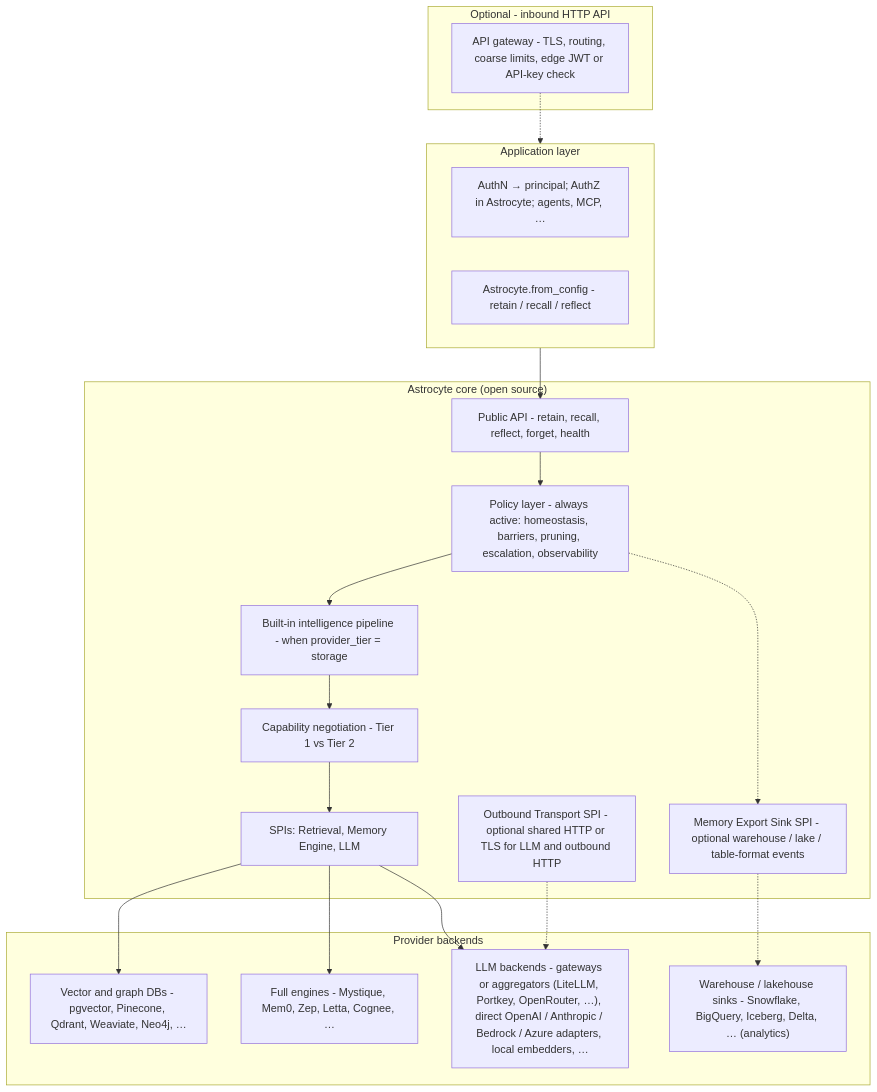
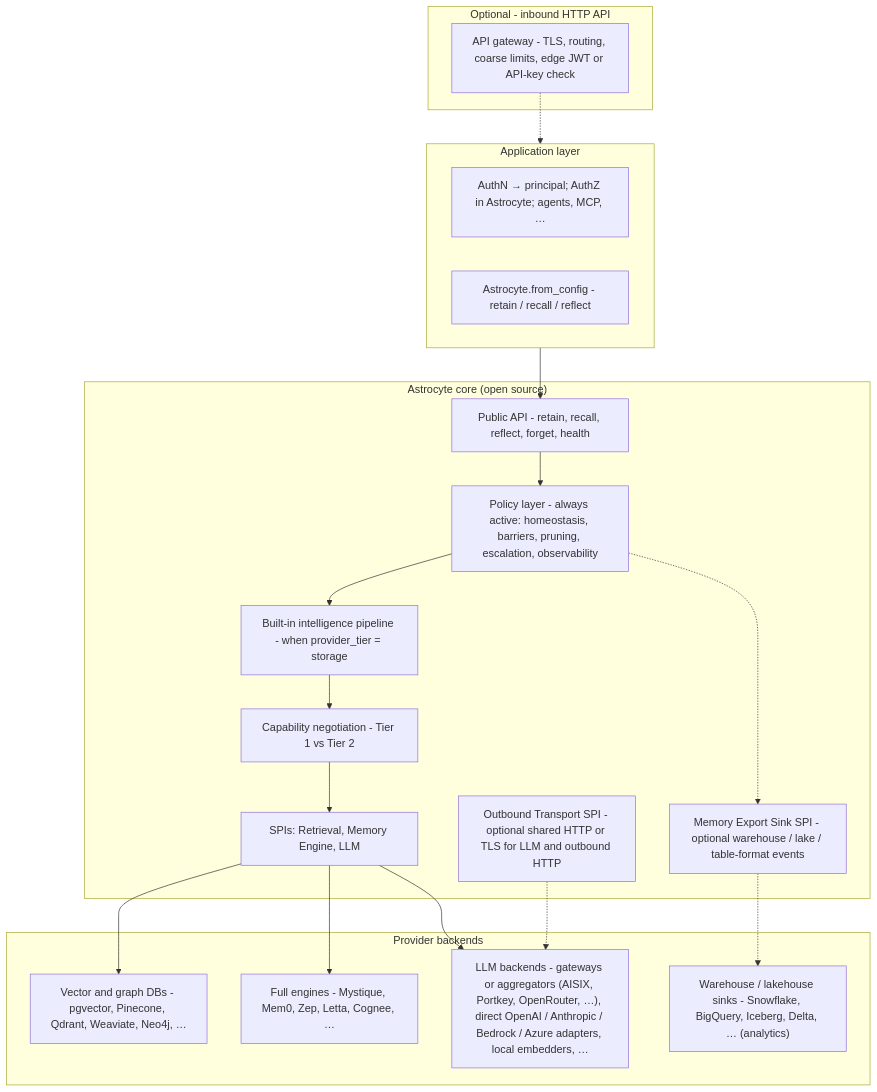
Before and after one commit to AstrocyteAI/astrocyte: the fifth of 8 diagrams in docs/_design/architecture.md, drawn with Mermaid. The commit also changed other lines of this file and 33 other files, not shown here.

First line of the commit message:
refactor: retire LiteLLM — reach other providers through an AISIX gateway

````diff
--- a/docs/_design/architecture.md
+++ b/docs/_design/architecture.md
@@ -344,39 +344,39 @@
 ```mermaid
 flowchart TB
   subgraph EDGE["Optional - inbound HTTP API"]
     APIGW[API gateway - TLS, routing, coarse limits, edge JWT or API-key check]
   end
 
   subgraph APP["Application layer"]
     APP1["AuthN → principal; AuthZ in Astrocyte; agents, MCP, …"]
     APP2["Astrocyte.from_config - retain / recall / reflect"]
   end
 
   subgraph CORE["Astrocyte core (open source)"]
     API["Public API - retain, recall, reflect, forget, health"]
     POL["Policy layer - always active: homeostasis, barriers, pruning, escalation, observability"]
     PIPE["Built-in intelligence pipeline - when provider_tier = storage"]
     CAP["Capability negotiation - Tier 1 vs Tier 2"]
     SPI["SPIs: Retrieval, Memory Engine, LLM"]
     OTX["Outbound Transport SPI - optional shared HTTP or TLS for LLM and outbound HTTP"]
     MSK["Memory Export Sink SPI - optional warehouse / lake / table-format events"]
   end
 
   subgraph BACK["Provider backends"]
     VEC["Vector and graph DBs - pgvector, Pinecone, Qdrant, Weaviate, Neo4j, …"]
     ENG["Full engines - Mystique, Mem0, Zep, Letta, Cognee, …"]
-    LLM["LLM backends - gateways or aggregators (LiteLLM, Portkey, OpenRouter, …), direct OpenAI / Anthropic / Bedrock / Azure adapters, local embedders, …"]
+    LLM["LLM backends - gateways or aggregators (AISIX, Portkey, OpenRouter, …), direct OpenAI / Anthropic / Bedrock / Azure adapters, local embedders, …"]
     WH["Warehouse / lakehouse sinks - Snowflake, BigQuery, Iceberg, Delta, … (analytics)"]
   end
 
   APP --> API
   API --> POL --> PIPE --> CAP --> SPI
   SPI --> VEC
   SPI --> ENG
   SPI --> LLM
   POL -.-> MSK
   MSK -.-> WH
   OTX -.-> LLM
 
   APIGW -.-> APP
 ```
````
